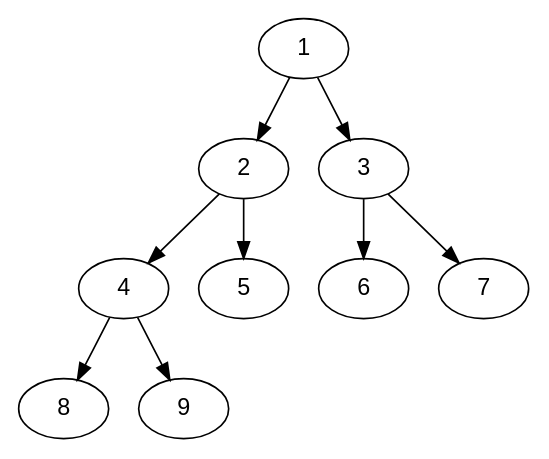
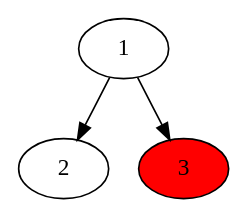
Before and after one commit to Takashiidobe/leetcode-in-rust: the diagram in graphviz/same_tree/example.dot, drawn with Graphviz. The commit also changed 13 other files, not shown here.

```diff
--- a/graphviz/same_tree/example.dot
+++ b/graphviz/same_tree/example.dot
@@ -1,16 +1,6 @@
 digraph BST {
-    node [fontname="Arial" ];
-    l1  [ label = "1" ];
-    l21 [ label = "2" ];
-    l22 [ label = "3" ];
-    l31 [ label = "4" ];
-    l32 [ label = "5" ];
-    l33 [ label = "6" ];
-    l34 [ label = "7" ];
-    l41 [ label = "8" ];
-    l42 [ label = "9" ];
-    l1  -> { l21 l22 };
-    l21 -> { l31 l32 };
-    l22 -> { l33 l34 };
-    l31 -> { l41 l42 };
+  l1  [ label = "1" ];
+  l21 [ label = "2" ];
+  l22 [ style=filled, fillcolor=red, label = "3" ];
+  l1  -> { l21 l22 };
 }
```
